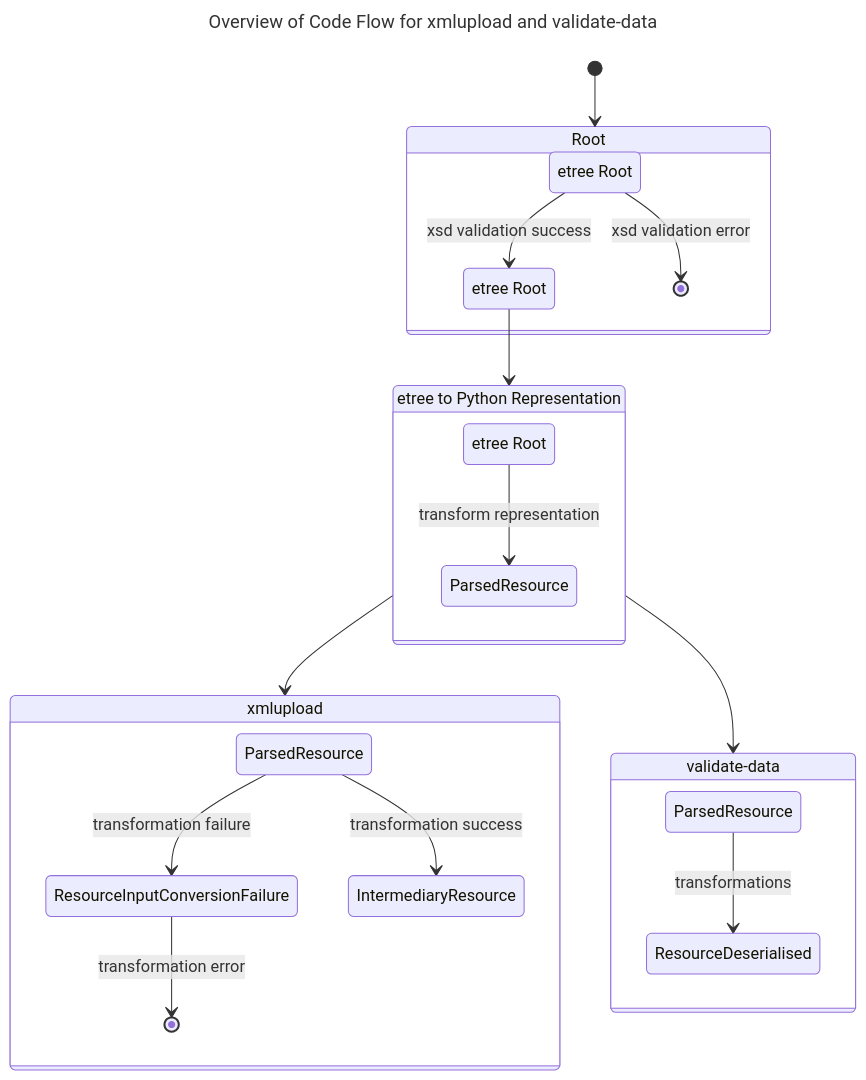
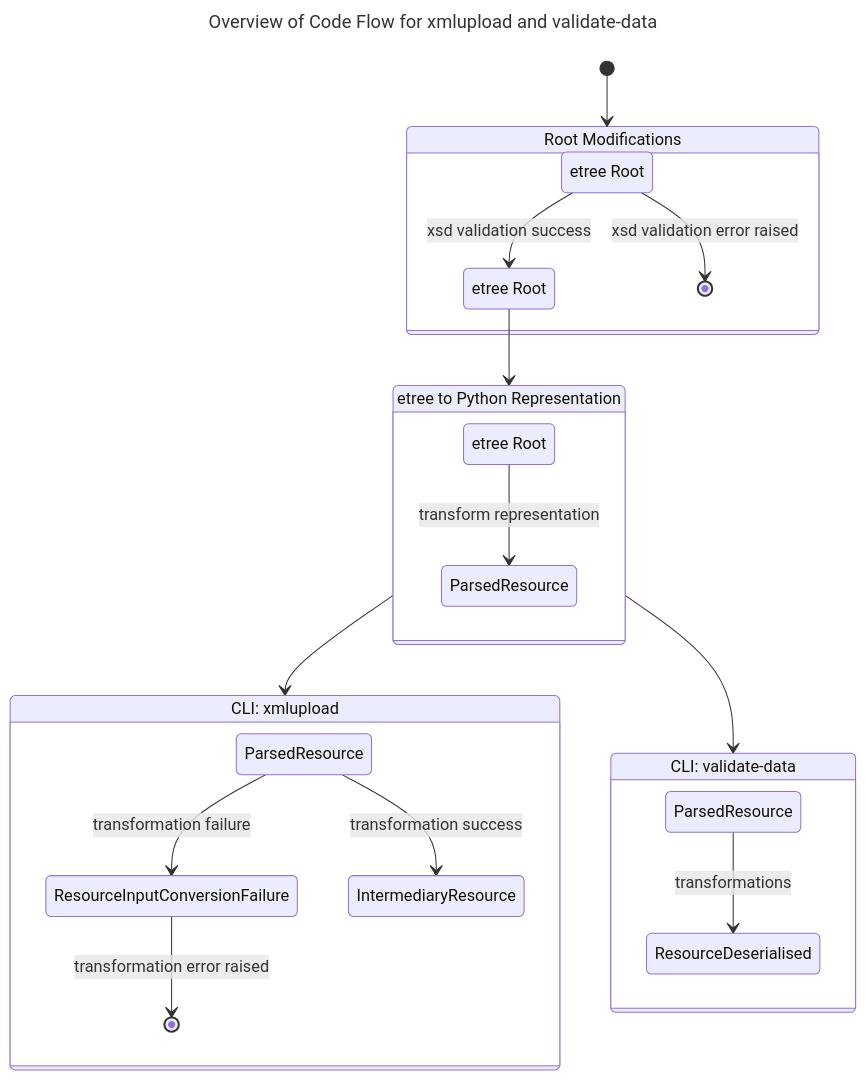
Before and after one commit to dasch-swiss/dsp-tools: the first of 3 diagrams in docs/developers/architecture.md, drawn with Mermaid. The commit also changed other lines of this file, not shown here.

````diff
--- a/docs/developers/architecture.md
+++ b/docs/developers/architecture.md
@@ -7,38 +7,38 @@
 ```mermaid
 ---
 title: Overview of Code Flow for xmlupload and validate-data
 ---
 stateDiagram-v2
 
 state "etree Root" as eroot1
 state "etree Root" as eroot2
 state "etree Root" as eroot3
-state "Root" as rootwork
+state "Root Modifications" as rootwork
 state "etree to Python Representation" as pywork
-state "xmlupload" as transform
+state "CLI: xmlupload" as transform
 state "ParsedResource" as parsedres1
 state "ParsedResource" as parsedres2
 state "ParsedResource" as parsedres3
 state "IntermediaryResource" as intermediaryres
-state "validate-data" as valdata
+state "CLI: validate-data" as valdata
 
 [*]-->rootwork
 state rootwork {
     eroot1-->eroot2: xsd validation success
-    eroot1-->[*]: xsd validation error
+    eroot1-->[*]: xsd validation error raised
 }
 eroot2-->pywork
 state pywork {
     eroot3-->parsedres1: transform representation
 }
 pywork-->transform
 state transform {
-    ResourceInputConversionFailure-->[*]: transformation error
+    ResourceInputConversionFailure-->[*]: transformation error raised
     parsedres2-->intermediaryres: transformation success
     parsedres2-->ResourceInputConversionFailure: transformation failure
 }
 pywork-->valdata
 state valdata {
     parsedres3-->ResourceDeserialised: transformations
 }
 ```
````
